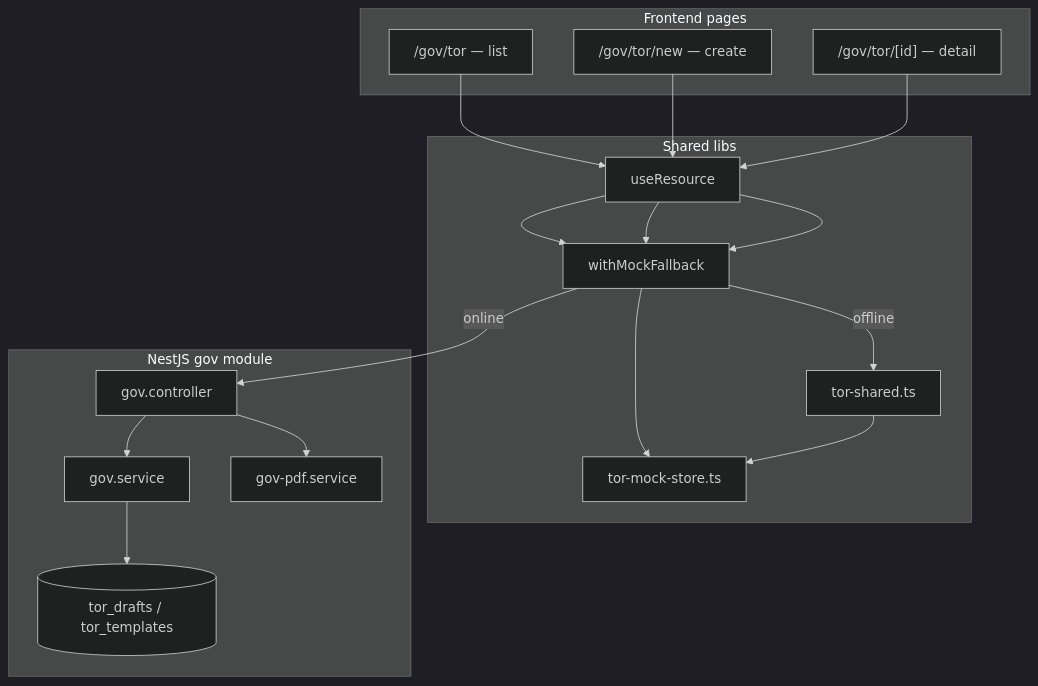
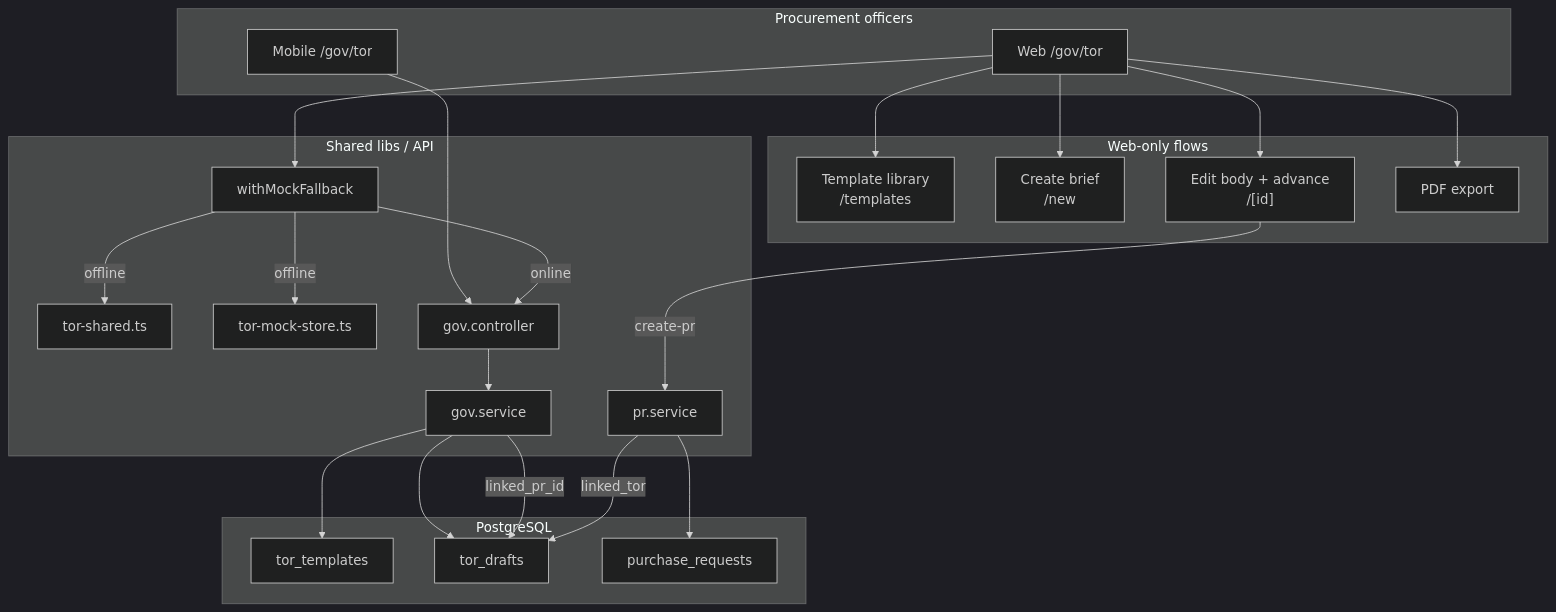
One commit to Nirvacore/Nirvaprocure changed the diagram in docs/GOV_TOR.md. Above: the diagram before and after it, drawn with Mermaid (dark theme). The commit also changed other lines of this file and 3 other files, not shown here.

First line of the commit message:
docs(gov): mega GOV_TOR include — full module scope #50–#77

````diff
--- a/docs/GOV_TOR.md
+++ b/docs/GOV_TOR.md
@@ -19,32 +41,41 @@
 ```mermaid
 flowchart TB
-  subgraph UI["Frontend pages"]
-    LIST["/gov/tor — list"]
-    NEW["/gov/tor/new — create"]
-    DETAIL["/gov/tor/[id] — detail"]
+  subgraph Officers["Procurement officers"]
+    WEB["Web /gov/tor"]
+    MOB["Mobile /gov/tor"]
   end
 
-  subgraph Shared["Shared libs"]
-    UR["useResource"]
+  subgraph WebOnly["Web-only flows"]
+    TPL["Template library\n/templates"]
+    NEW["Create brief\n/new"]
+    EDIT["Edit body + advance\n/[id]"]
+    PDF["PDF export"]
+  end
+
+  subgraph Shared["Shared libs / API"]
     WMF["withMockFallback"]
     TS["tor-shared.ts"]
     TMS["tor-mock-store.ts"]
+    CTRL["gov.controller"]
+    SVC["gov.service"]
+    PRSVC["pr.service"]
   end
 
-  subgraph API["NestJS gov module"]
-    CTRL["gov.controller"]
-    SVC["gov.service"]
-    PDF["gov-pdf.service"]
-    DB[(tor_drafts / tor_templates)]
+  subgraph Data["PostgreSQL"]
+    TBL_T["tor_templates"]
+    TBL_D["tor_drafts"]
+    TBL_PR["purchase_requests"]
   end
 
-  LIST --> UR --> WMF
-  NEW --> UR --> WMF
-  DETAIL --> UR --> WMF
+  WEB --> TPL & NEW & EDIT & PDF
+  MOB --> CTRL
+  WEB --> WMF
   WMF -->|online| CTRL
-  WMF -->|offline| TS
-  WMF --> TMS
-  CTRL --> SVC --> DB
-  CTRL --> PDF
-  TS --> TMS
+  WMF -->|offline| TS & TMS
+  CTRL --> SVC
+  SVC --> TBL_T & TBL_D
+  EDIT -->|create-pr| PRSVC
+  PRSVC --> TBL_PR
+  SVC -->|linked_pr_id| TBL_D
+  PRSVC -->|linked_tor| TBL_D
 ```
````
